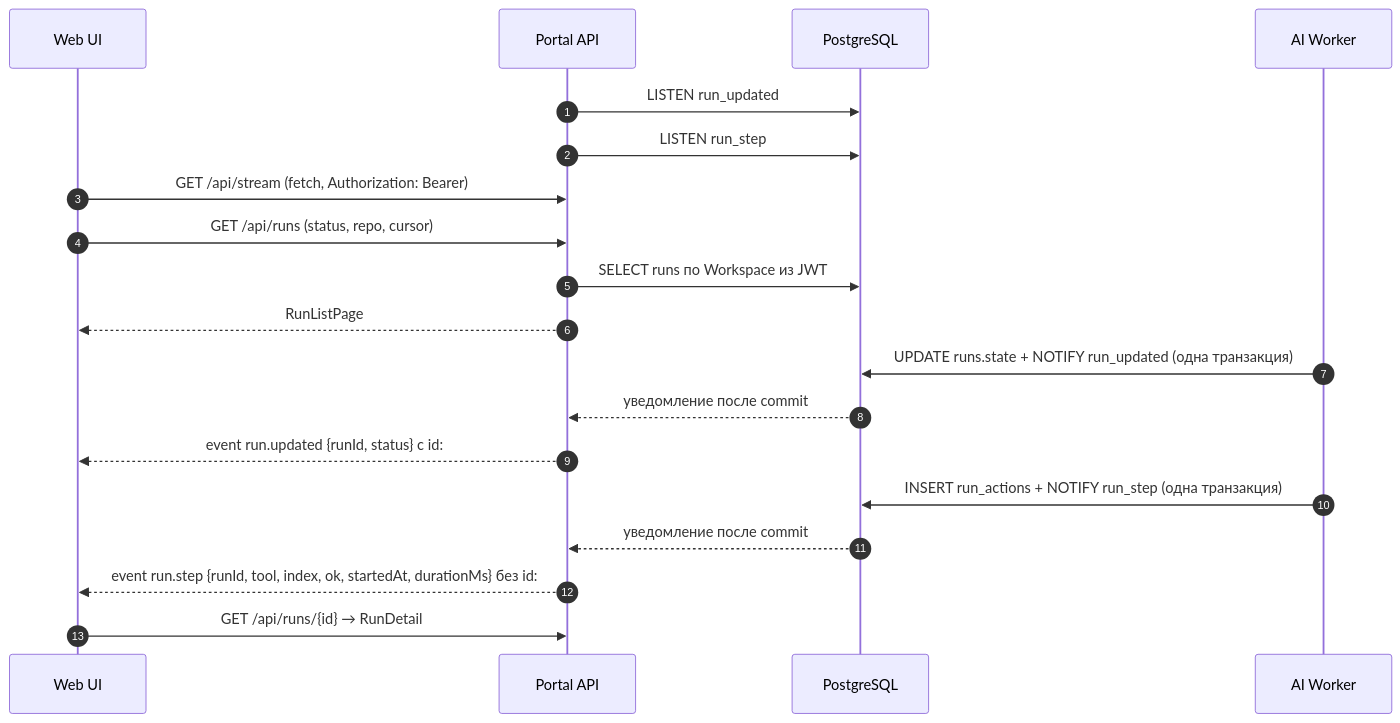
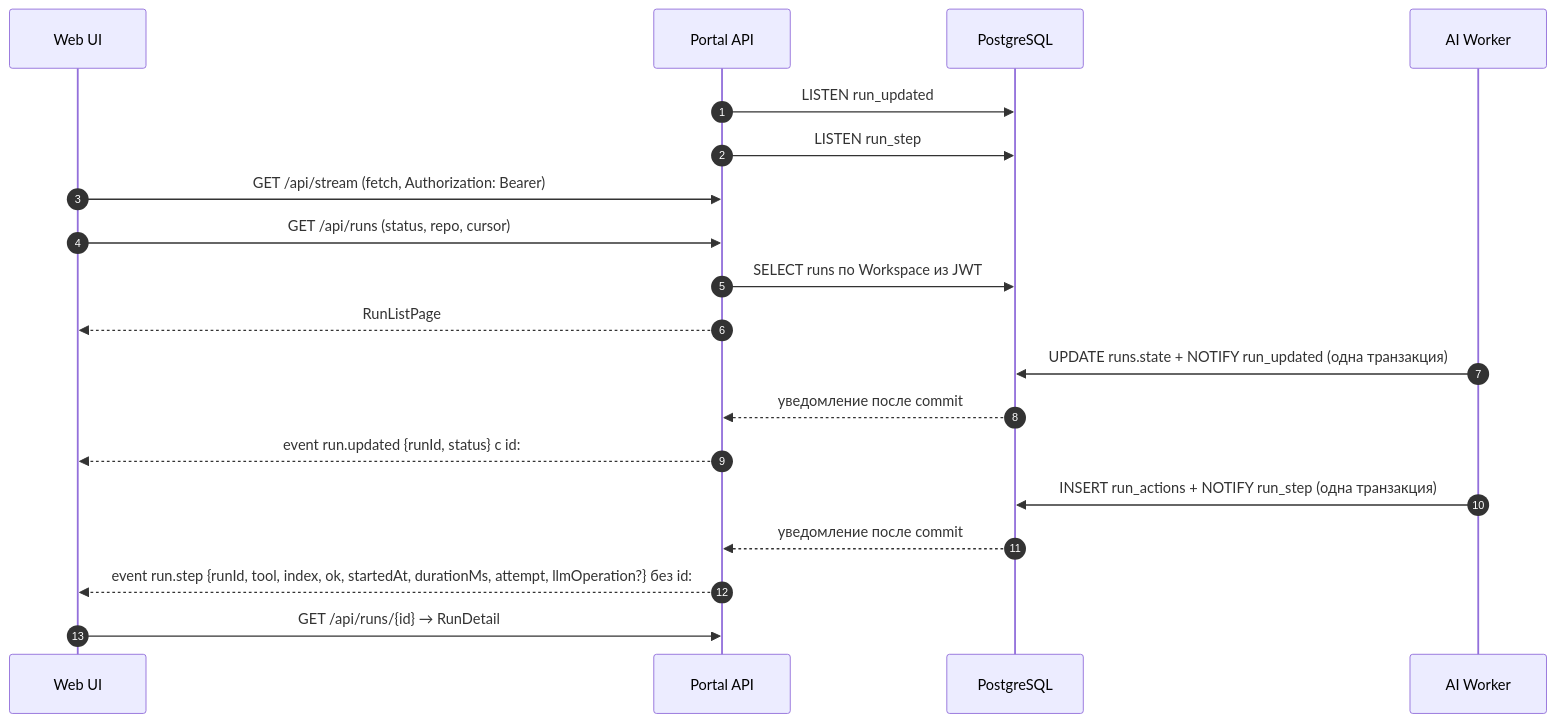
One commit to larchanka-training/dmc-268-api-t6 changed the ninth of 13 diagrams in docs/SYSTEM_DESIGN.md. Above: the diagram before and after it, drawn with Mermaid. The commit also changed other lines of this file and 17 other files, not shown here.

````diff
--- a/docs/SYSTEM_DESIGN.md
+++ b/docs/SYSTEM_DESIGN.md
@@ -493,22 +493,22 @@
 ```mermaid
 sequenceDiagram
   autonumber
   participant B as Web UI
   participant P as Portal API
   participant PG as PostgreSQL
   participant W as AI Worker
 
   P->>PG: LISTEN run_updated
   P->>PG: LISTEN run_step
   B->>P: GET /api/stream (fetch, Authorization: Bearer)
   B->>P: GET /api/runs (status, repo, cursor)
   P->>PG: SELECT runs по Workspace из JWT
   P-->>B: RunListPage
   W->>PG: UPDATE runs.state + NOTIFY run_updated (одна транзакция)
   PG-->>P: уведомление после commit
   P-->>B: event run.updated {runId, status} с id:
   W->>PG: INSERT run_actions + NOTIFY run_step (одна транзакция)
   PG-->>P: уведомление после commit
-  P-->>B: event run.step {runId, tool, index, ok, startedAt, durationMs} без id:
+  P-->>B: event run.step {runId, tool, index, ok, startedAt, durationMs, attempt, llmOperation?} без id:
   B->>P: GET /api/runs/{id} → RunDetail
 ```
````
